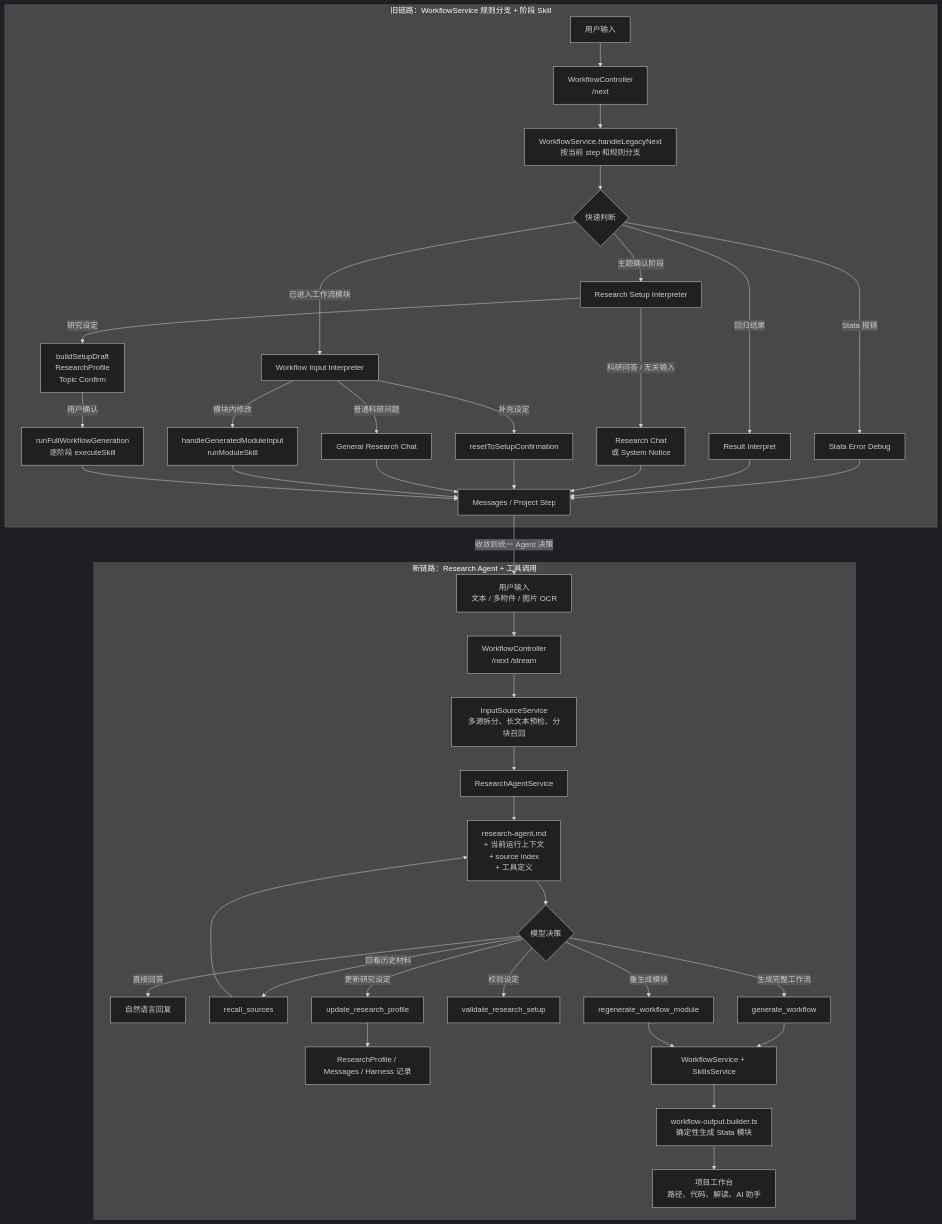
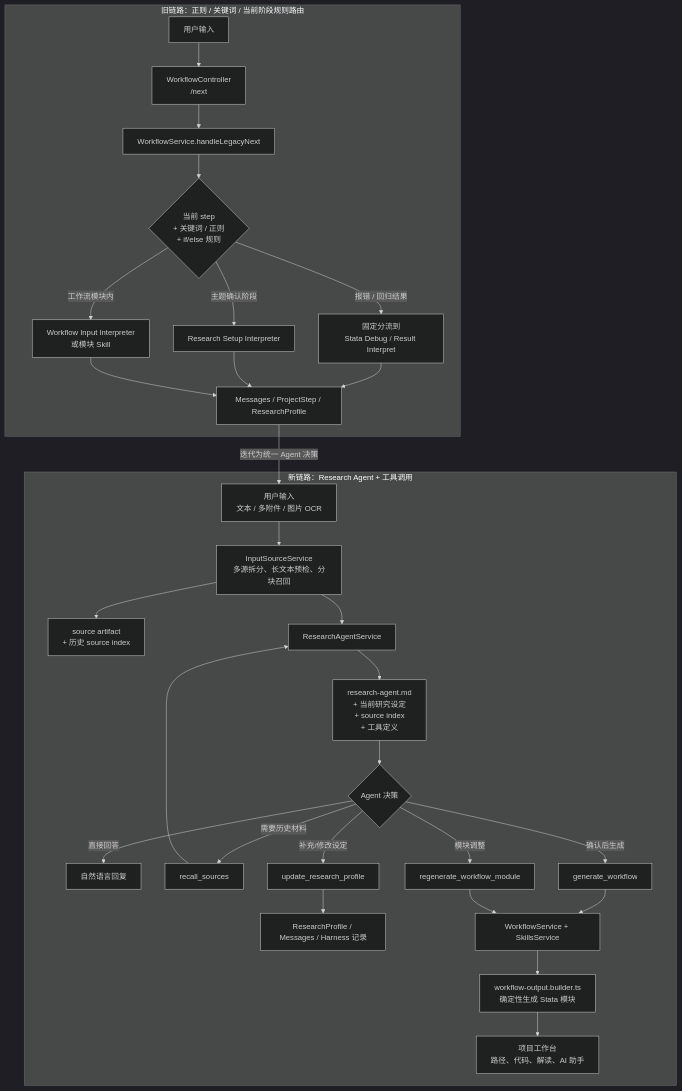
The first of 2 diagrams in README.md (tank798/empirical-paper-agent), drawn with Mermaid (dark theme) before and after one commit. The commit also changed other lines of this file, not shown here.

Commit message:
Refine README architecture diagram

````diff
--- a/README.md
+++ b/README.md
@@ -9,47 +9,35 @@
 ```mermaid
 flowchart TD
-  subgraph OLD["旧链路：WorkflowService 规则分支 + 阶段 Skill"]
+  subgraph OLD["旧链路：正则 / 关键词 / 当前阶段规则路由"]
     O1["用户输入"] --> O2["WorkflowController\n/next"]
-    O2 --> O3["WorkflowService.handleLegacyNext\n按当前 step 和规则分支"]
-    O3 --> O4{"快速判断"}
-    O4 -->|"Stata 报错"| O5["Stata Error Debug"]
-    O4 -->|"回归结果"| O6["Result Interpret"]
-    O4 -->|"主题确认阶段"| O7["Research Setup Interpreter"]
-    O4 -->|"已进入工作流模块"| O8["Workflow Input Interpreter"]
-    O7 -->|"研究设定"| O9["buildSetupDraft\nResearchProfile\nTopic Confirm"]
-    O7 -->|"科研问答 / 无关输入"| O10["Research Chat\n或 System Notice"]
-    O8 -->|"补充设定"| O11["resetToSetupConfirmation"]
-    O8 -->|"普通科研问题"| O12["General Research Chat"]
-    O8 -->|"模块内修改"| O13["handleGeneratedModuleInput\nrunModuleSkill"]
-    O9 -->|"用户确认"| O14["runFullWorkflowGeneration\n逐阶段 executeSkill"]
-    O5 --> O15["Messages / Project Step"]
-    O6 --> O15
-    O10 --> O15
-    O11 --> O15
-    O12 --> O15
-    O13 --> O15
-    O14 --> O15
+    O2 --> O3["WorkflowService.handleLegacyNext"]
+    O3 --> O4{"当前 step\n+ 关键词 / 正则\n+ if/else 规则"}
+    O4 -->|"报错 / 回归结果"| O5["固定分流到\nStata Debug / Result Interpret"]
+    O4 -->|"主题确认阶段"| O6["Research Setup Interpreter"]
+    O4 -->|"工作流模块内"| O7["Workflow Input Interpreter\n或模块 Skill"]
+    O5 --> O8["Messages / ProjectStep / ResearchProfile"]
+    O6 --> O8
+    O7 --> O8
   end
 
-  O15 -->|"收敛到统一 Agent 决策"| N1
+  O8 -->|"迭代为统一 Agent 决策"| N1
 
   subgraph NEW["新链路：Research Agent + 工具调用"]
-    N1["用户输入\n文本 / 多附件 / 图片 OCR"] --> N2["WorkflowController\n/next /stream"]
-    N2 --> N3["InputSourceService\n多源拆分、长文本预检、分块召回"]
-    N3 --> N4["ResearchAgentService"]
-    N4 --> N5["research-agent.md\n+ 当前运行上下文\n+ source index\n+ 工具定义"]
-    N5 --> N6{"模型决策"}
+    N1["用户输入\n文本 / 多附件 / 图片 OCR"] --> N2["InputSourceService\n多源拆分、长文本预检、分块召回"]
+    N2 --> N3["source artifact\n+ 历史 source index"]
+    N2 --> N4["ResearchAgentService"]
+    N4 --> N5["research-agent.md\n+ 当前研究设定\n+ source index\n+ 工具定义"]
+    N5 --> N6{"Agent 决策"}
     N6 -->|"直接回答"| N7["自然语言回复"]
-    N6 -->|"回看历史材料"| N8["recall_sources"]
-    N6 -->|"更新研究设定"| N9["update_research_profile"]
-    N6 -->|"校验设定"| N10["validate_research_setup"]
-    N6 -->|"生成完整工作流"| N11["generate_workflow"]
-    N6 -->|"重生成模块"| N12["regenerate_workflow_module"]
-    N8 --> N5
-    N9 --> N13["ResearchProfile / Messages / Harness 记录"]
-    N11 --> N14["WorkflowService + SkillsService"]
-    N12 --> N14
-    N14 --> N15["workflow-output.builder.ts\n确定性生成 Stata 模块"]
-    N15 --> N16["项目工作台\n路径、代码、解读、AI 助手"]
+    N6 -->|"需要历史材料"| N8["recall_sources"]
+    N6 -->|"补充/修改设定"| N9["update_research_profile"]
+    N6 -->|"确认后生成"| N10["generate_workflow"]
+    N6 -->|"模块调整"| N11["regenerate_workflow_module"]
+    N8 --> N4
+    N9 --> N12["ResearchProfile / Messages / Harness 记录"]
+    N10 --> N13["WorkflowService + SkillsService"]
+    N11 --> N13
+    N13 --> N14["workflow-output.builder.ts\n确定性生成 Stata 模块"]
+    N14 --> N15["项目工作台\n路径、代码、解读、AI 助手"]
   end
 ```
````
